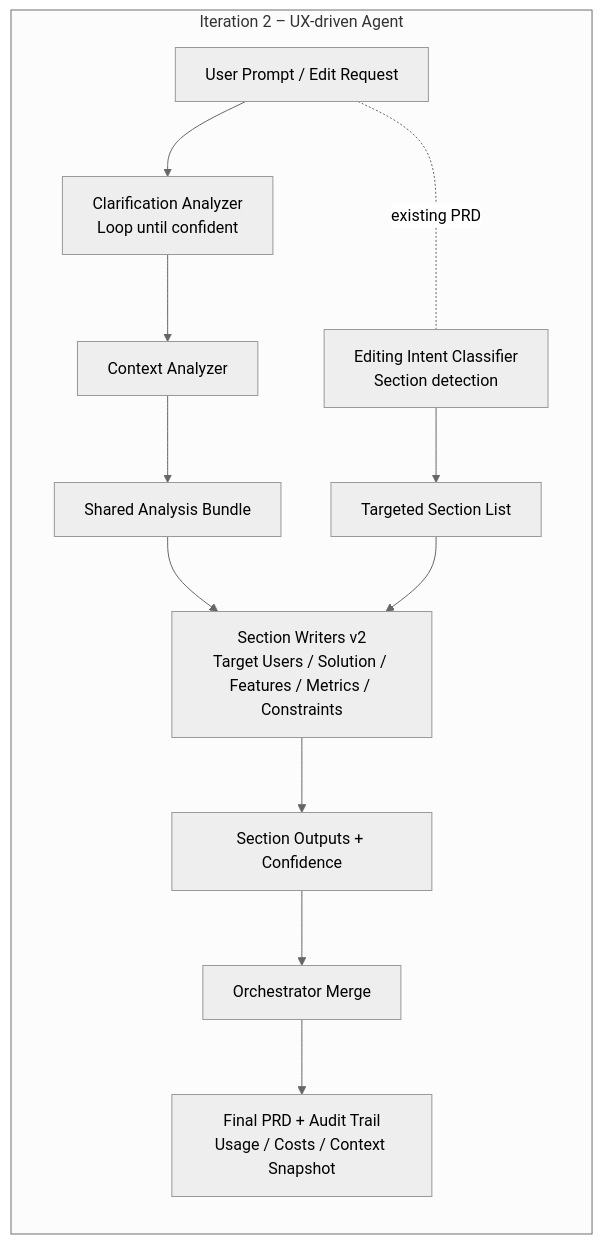
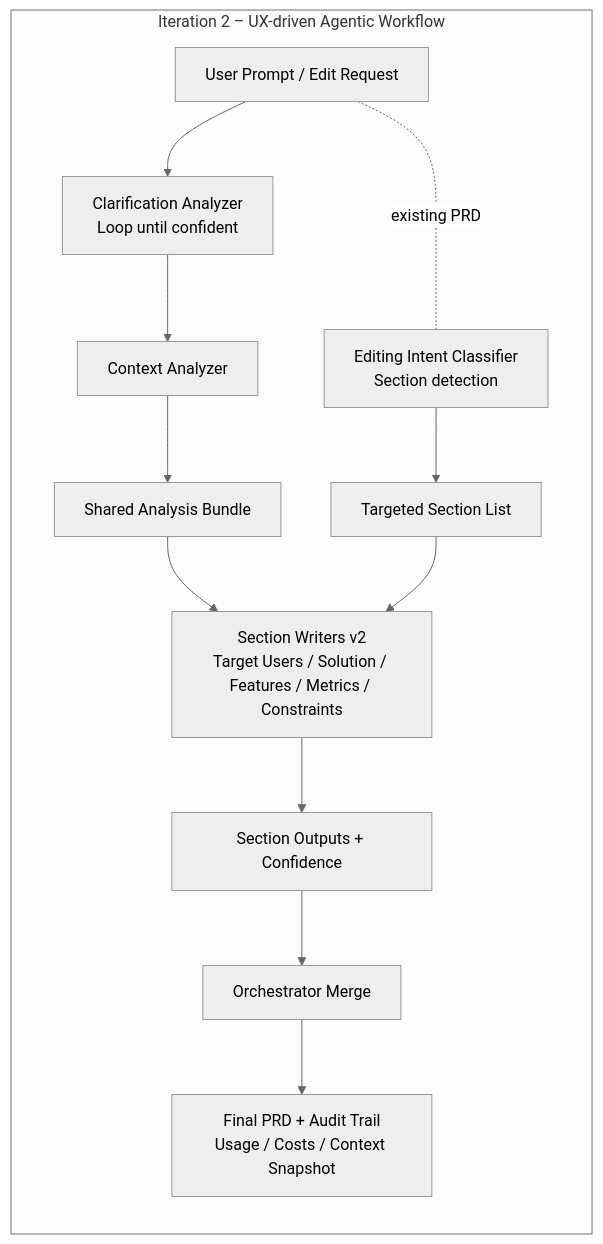
One commit to eabait/product-agents changed the third of 3 diagrams in blog/article-v2.md. Above: the diagram before and after it, drawn with Mermaid (neutral theme). The commit also changed other lines of this file and 1 other file, not shown here.

````diff
--- a/blog/article-v2.md
+++ b/blog/article-v2.md
@@ -96,15 +104,15 @@
 ```mermaid
 flowchart LR
-    subgraph V2[Iteration 2 – UX-driven Agent]
+    subgraph V2[Iteration 2 – UX-driven Agentic Workflow]
         A2[User Prompt / Edit Request] --> B2[Clarification Analyzer<br/>Loop until confident]
         A2 -.existing PRD.- C2[Editing Intent Classifier<br/>Section detection]
         B2 --> D2[Context Analyzer]
         D2 --> E2[Shared Analysis Bundle]
         C2 --> G2[Targeted Section List]
         E2 --> H2[Section Writers v2<br/>Target Users / Solution / Features / Metrics / Constraints]
         G2 --> H2
         H2 --> I2[Section Outputs + Confidence]
         I2 --> J2[Orchestrator Merge]
         J2 --> K2[Final PRD + Audit Trail<br/>Usage / Costs / Context Snapshot]
     end
 ```
````
